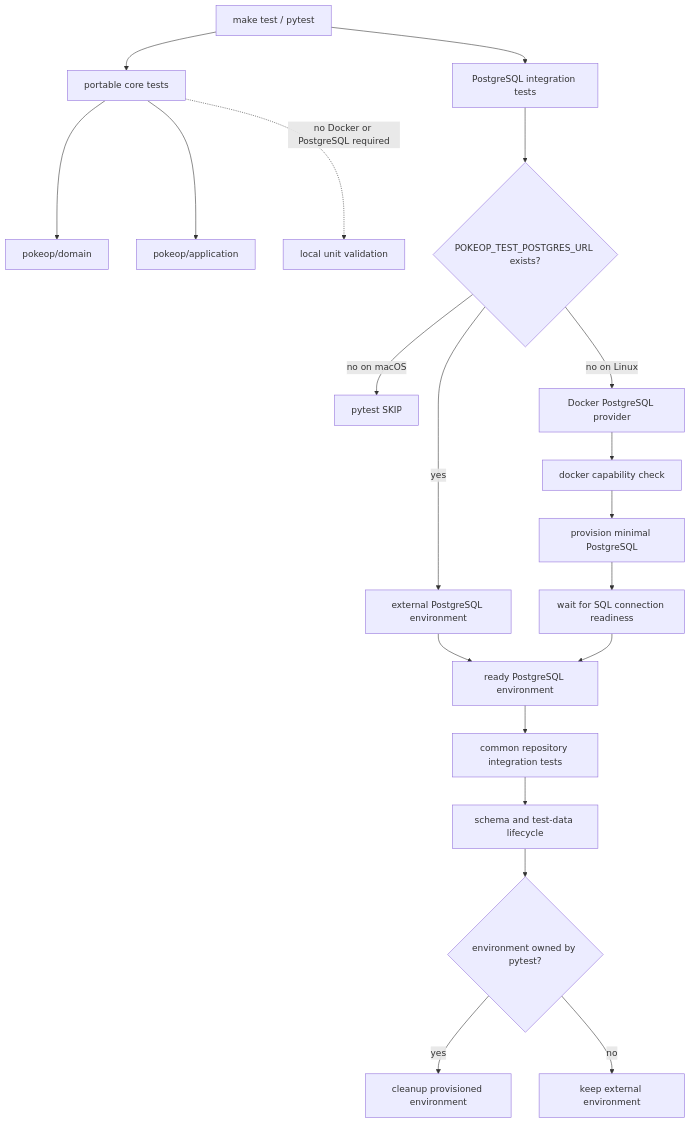
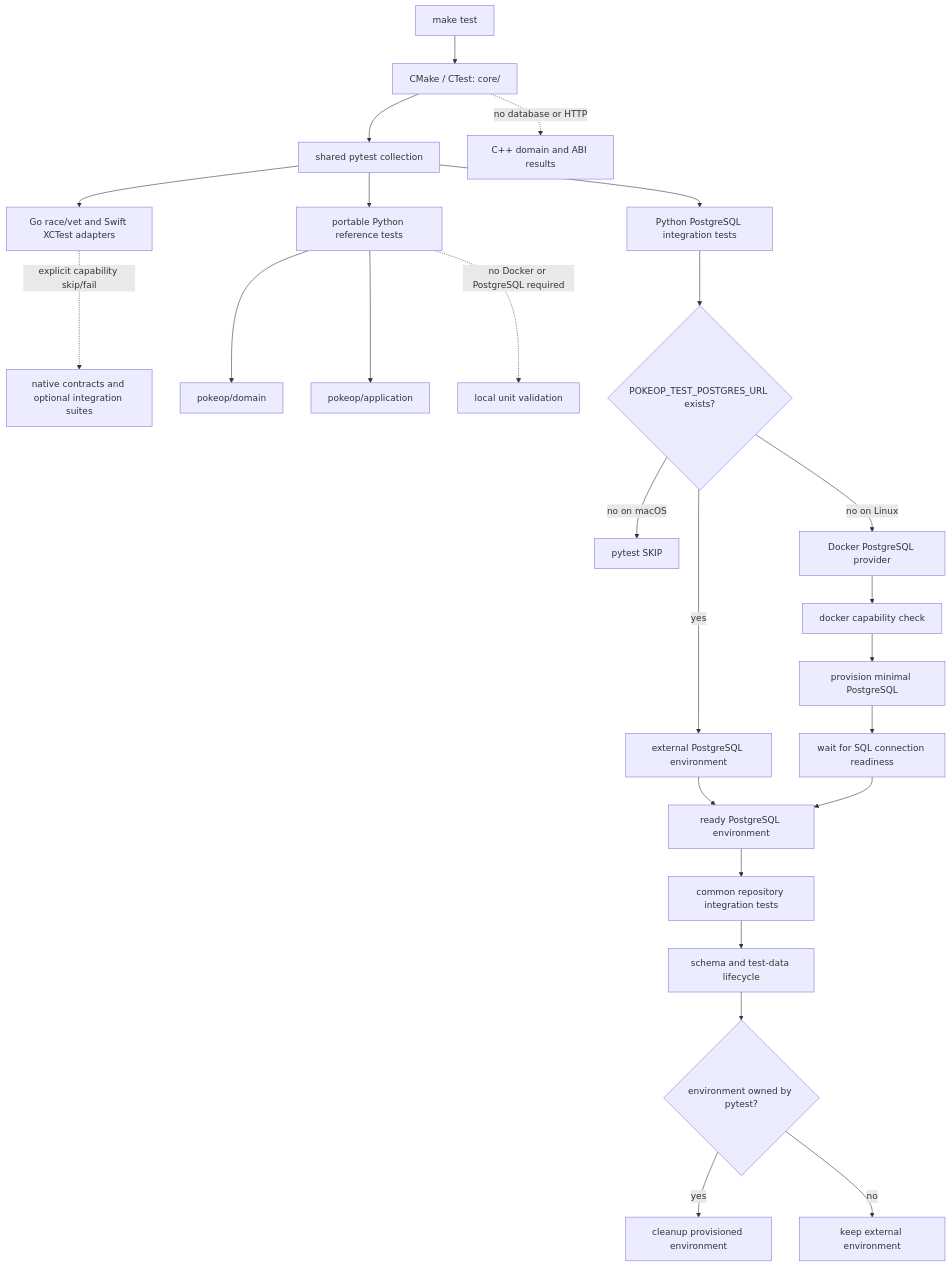
Before and after one commit to mental1104/PokemonBattleInference: the second of 2 diagrams in .codex/skills/pokemonbattleinference-project/SKILL.md, drawn with Mermaid. The commit also changed other lines of this file and 6 other files, not shown here.

Commit message:
test(deploy): verify graph branch revisits and formal database readiness

````diff
--- a/.codex/skills/pokemonbattleinference-project/SKILL.md
+++ b/.codex/skills/pokemonbattleinference-project/SKILL.md
@@ -61,26 +78,32 @@
 ```mermaid
 flowchart TD
-    Entry[make test / pytest] --> Portable[portable core tests]
-    Entry --> Integration[PostgreSQL integration tests]
+    Entry[make test] --> NativeCore[CMake / CTest: core/]
+    NativeCore --> Collection[shared pytest collection]
+    Collection --> Portable[portable Python reference tests]
+    Collection --> Bindings[Go race/vet and Swift XCTest adapters]
+    Collection --> Integration[Python PostgreSQL integration tests]
+
+    NativeCore -. no database or HTTP .-> CoreResult[C++ domain and ABI results]
+    Bindings -. explicit capability skip/fail .-> NativeResult[native contracts and optional integration suites]
 
     Portable --> Domain[pokeop/domain]
     Portable --> Application[pokeop/application]
     Portable -. no Docker or PostgreSQL required .-> LocalResult[local unit validation]
 
     Integration --> Contract{POKEOP_TEST_POSTGRES_URL exists?}
     Contract -->|yes| External[external PostgreSQL environment]
     Contract -->|no on macOS| MacSkip[pytest SKIP]
     Contract -->|no on Linux| DockerProvider[Docker PostgreSQL provider]
 
     DockerProvider --> Detect[docker capability check]
     Detect --> Provision[provision minimal PostgreSQL]
     Provision --> Ready[wait for SQL connection readiness]
     External --> ReadyEnvironment[ready PostgreSQL environment]
     Ready --> ReadyEnvironment
 
     ReadyEnvironment --> CommonTests[common repository integration tests]
     CommonTests --> SchemaLifecycle[schema and test-data lifecycle]
     SchemaLifecycle --> Owned{environment owned by pytest?}
     Owned -->|yes| Cleanup[cleanup provisioned environment]
     Owned -->|no| KeepExternal[keep external environment]
 ```
````
